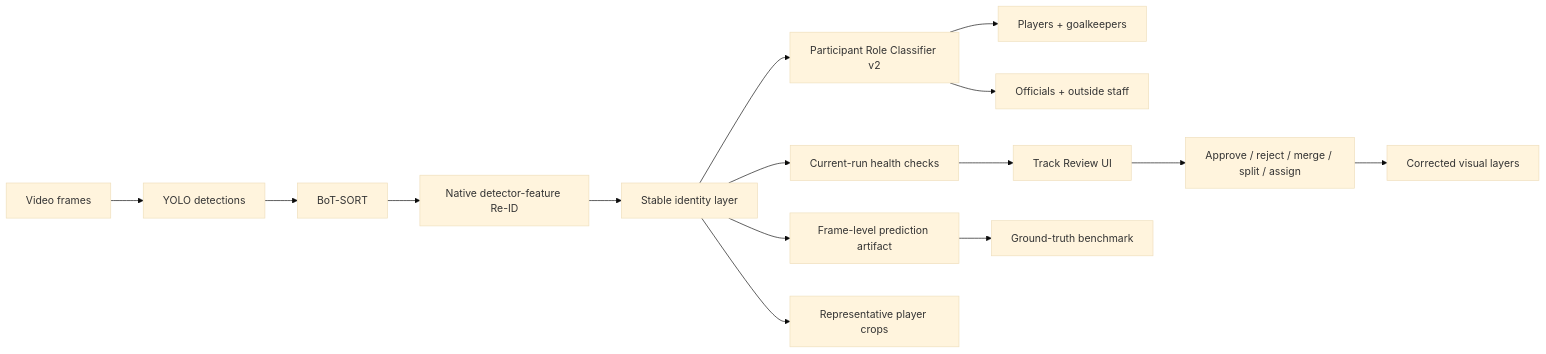
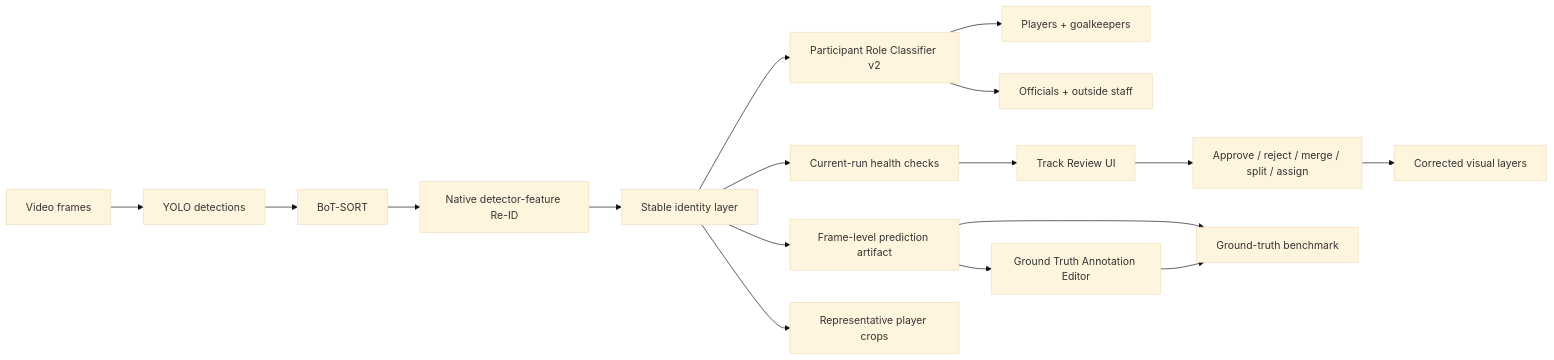
One commit to ahmedalbanna7/football-intelligence-platform changed the diagram in docs/TRACKING_QUALITY_GATE.md. Above: the diagram before and after it, drawn with Mermaid (base theme). The commit also changed other lines of this file and 13 other files, not shown here.

Commit message:
feat: add ground truth annotation editors

````diff
--- a/docs/TRACKING_QUALITY_GATE.md
+++ b/docs/TRACKING_QUALITY_GATE.md
@@ -7,17 +7,19 @@
 ```mermaid
 flowchart LR
     Frames["Video frames"] --> YOLO["YOLO detections"]
     YOLO --> BoTSORT["BoT-SORT"]
     BoTSORT --> ReID["Native detector-feature Re-ID"]
     ReID --> Stable["Stable identity layer"]
     Stable --> Roles["Participant Role Classifier v2"]
     Roles --> Athletes["Players + goalkeepers"]
     Roles --> NonAthletes["Officials + outside staff"]
     Stable --> Health["Current-run health checks"]
     Stable --> Predictions["Frame-level prediction artifact"]
     Stable --> Crops["Representative player crops"]
     Health --> Review["Track Review UI"]
     Review --> Corrections["Approve / reject / merge / split / assign"]
     Corrections --> Corrected["Corrected visual layers"]
     Predictions --> Benchmark["Ground-truth benchmark"]
+    Predictions --> Editor["Ground Truth Annotation Editor"]
+    Editor --> Benchmark
 ```
````
